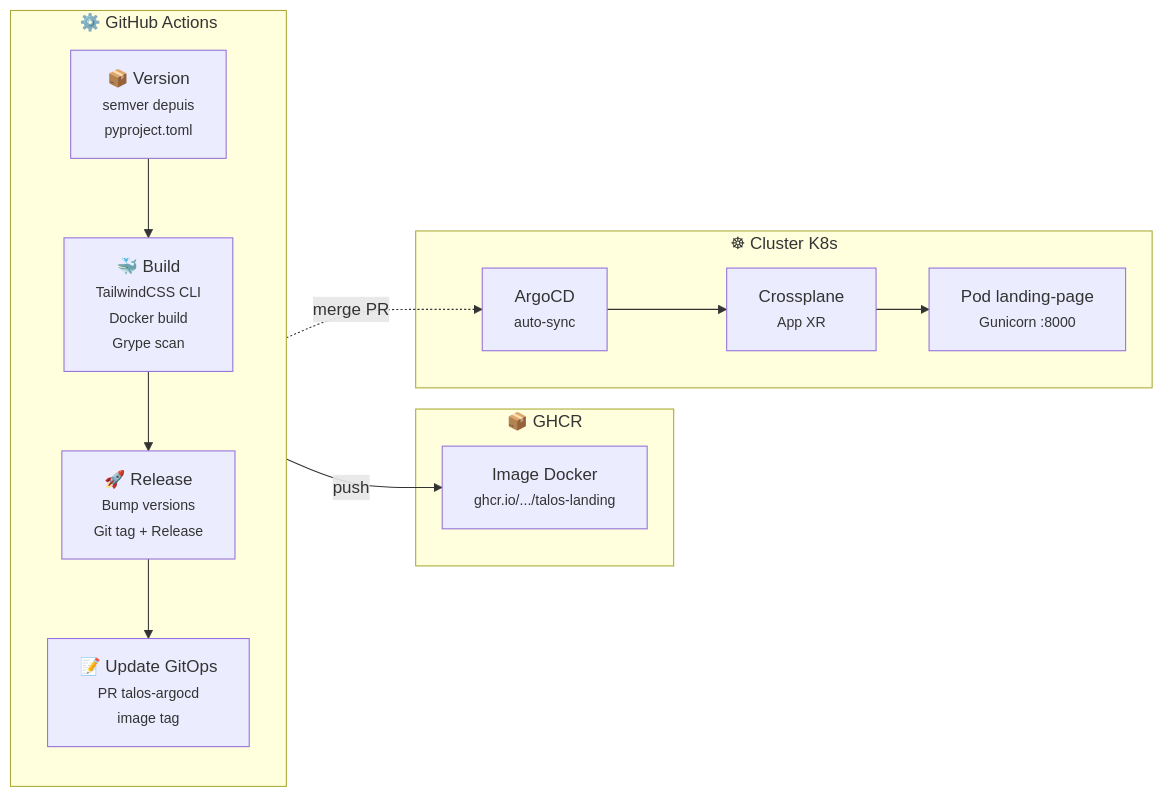
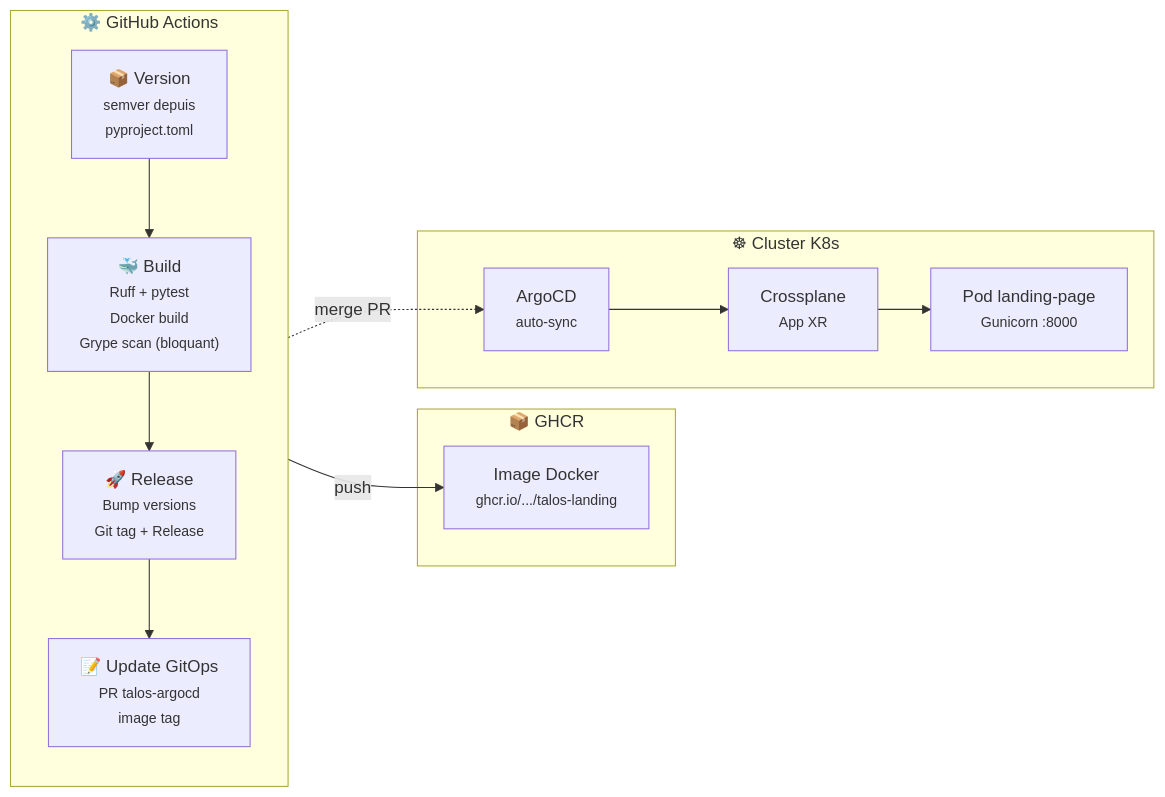
The second of 2 diagrams in README.md (naqa92-portfolio-projects/talos-landing), drawn with Mermaid before and after one commit. The commit also changed other lines of this file and 10 other files, not shown here.

````diff
--- a/README.md
+++ b/README.md
@@ -71,26 +73,26 @@
 ```mermaid
 flowchart LR
     subgraph CI["⚙️ GitHub Actions"]
         direction TB
         Version["📦 Version<br/><small>semver depuis<br/>pyproject.toml</small>"]
-        Build["🐳 Build<br/><small>TailwindCSS CLI<br/>Docker build<br/>Grype scan</small>"]
+        Build["🐳 Build<br/><small>Ruff + pytest<br/>Docker build<br/>Grype scan (bloquant)</small>"]
         Release["🚀 Release<br/><small>Bump versions<br/>Git tag + Release</small>"]
         GitOps["📝 Update GitOps<br/><small>PR talos-argocd<br/>image tag</small>"]
         Version --> Build --> Release --> GitOps
     end
 
     subgraph GHCR["📦 GHCR"]
         DockerImg["Image Docker<br/><small>ghcr.io/.../talos-landing</small>"]
     end
 
     Build -->|"push"| DockerImg
 
     subgraph Cluster["☸ Cluster K8s"]
         ArgoSync["ArgoCD<br/><small>auto-sync</small>"]
         Crossplane["Crossplane<br/><small>App XR</small>"]
         Pod["Pod landing-page<br/><small>Gunicorn :8000</small>"]
     end
 
     GitOps -.->|"merge PR"| ArgoSync
     ArgoSync --> Crossplane --> Pod
 ```
````
